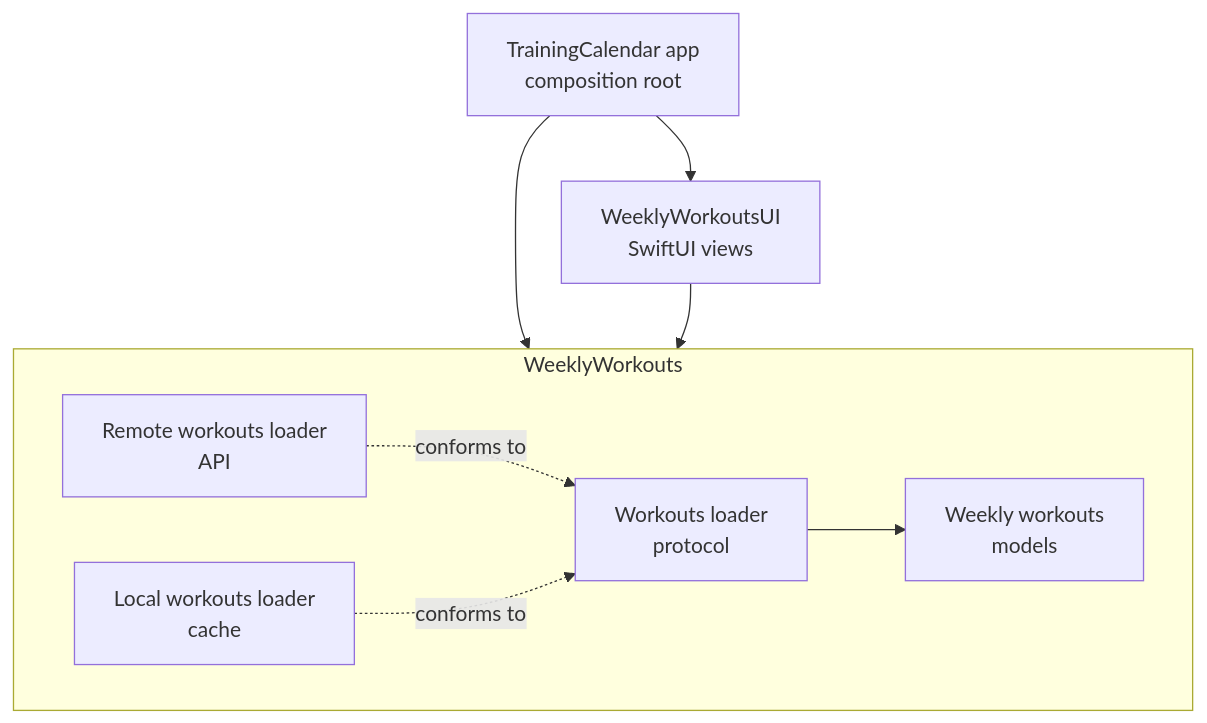
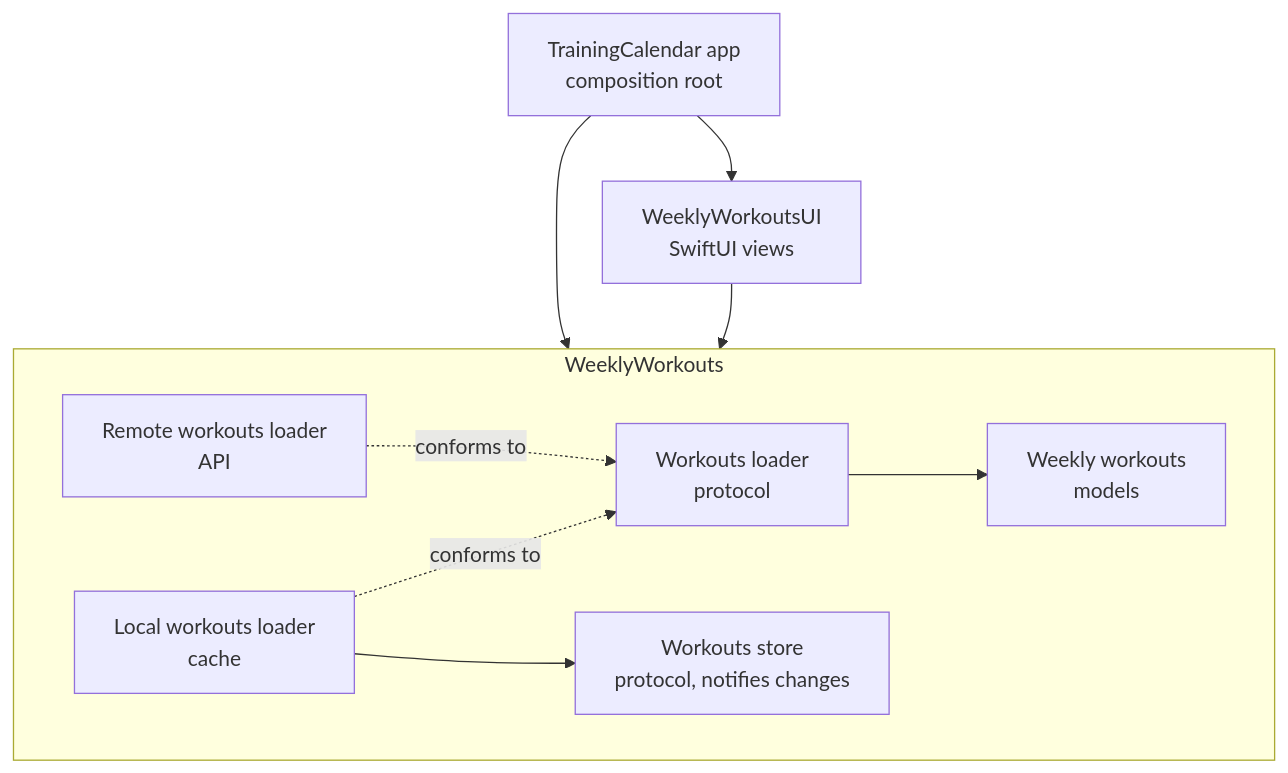
The second of 2 diagrams in README.md (tringuyen623/training-calendar), drawn with Mermaid before and after one commit. The commit also changed other lines of this file, not shown here.

First line of the commit message:
Replace the cache on every remote load and let the store notify changes, dropping the compare-before-update rule

````diff
--- a/README.md
+++ b/README.md
@@ -302,11 +301,12 @@
 ```mermaid
 graph TD
     App["TrainingCalendar app<br/>composition root"] --> UI["WeeklyWorkoutsUI<br/>SwiftUI views"]
     App --> Package
     UI --> Package
     subgraph Package["WeeklyWorkouts"]
         Remote["Remote workouts loader<br/>API"] -. conforms to .-> Loader["Workouts loader<br/>protocol"]
         Local["Local workouts loader<br/>cache"] -. conforms to .-> Loader
+        Local --> Store["Workouts store<br/>protocol, notifies changes"]
         Loader --> Models["Weekly workouts<br/>models"]
     end
 ```
````
